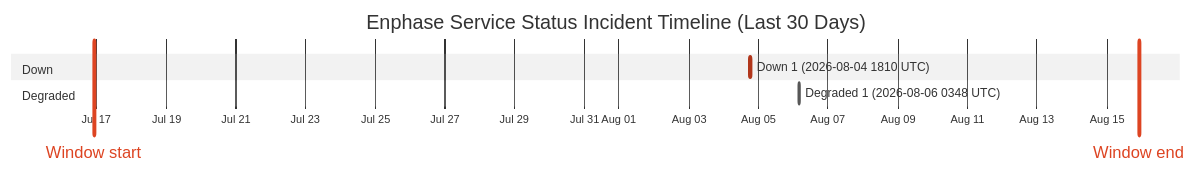
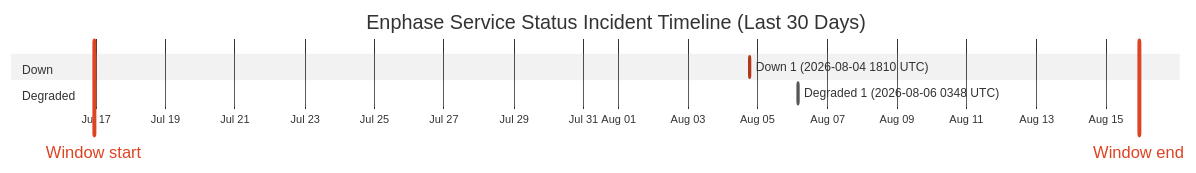
Before and after one commit to barneyonline/ha-enphase-energy: the diagram in wiki/Service-Status-History.md, drawn with Mermaid (neutral theme). The commit also changed other lines of this file and 3 other files, not shown here.

````diff
--- a/wiki/Service-Status-History.md
+++ b/wiki/Service-Status-History.md
@@ -14,12 +14,12 @@
 ```mermaid
 gantt
     title Enphase Service Status Incident Timeline (Last 30 Days)
     dateFormat  YYYY-MM-DDTHH:mm:ss
     axisFormat  %b %d
-    Window start :vert, window-start, 2026-07-16T22:18:28, 0ms
-    Window end :vert, window-end, 2026-08-15T22:18:28, 0ms
+    Window start :vert, window-start, 2026-07-16T22:46:41, 0ms
+    Window end :vert, window-end, 2026-08-15T22:46:41, 0ms
     section Down
     Down 1 (2026-08-04 1810 UTC) :crit, down-1, 2026-08-04T18:10:46, 60m
     section Degraded
     Degraded 1 (2026-08-06 0348 UTC) :active, degraded-1, 2026-08-06T03:48:14, 60m
 ```
````
